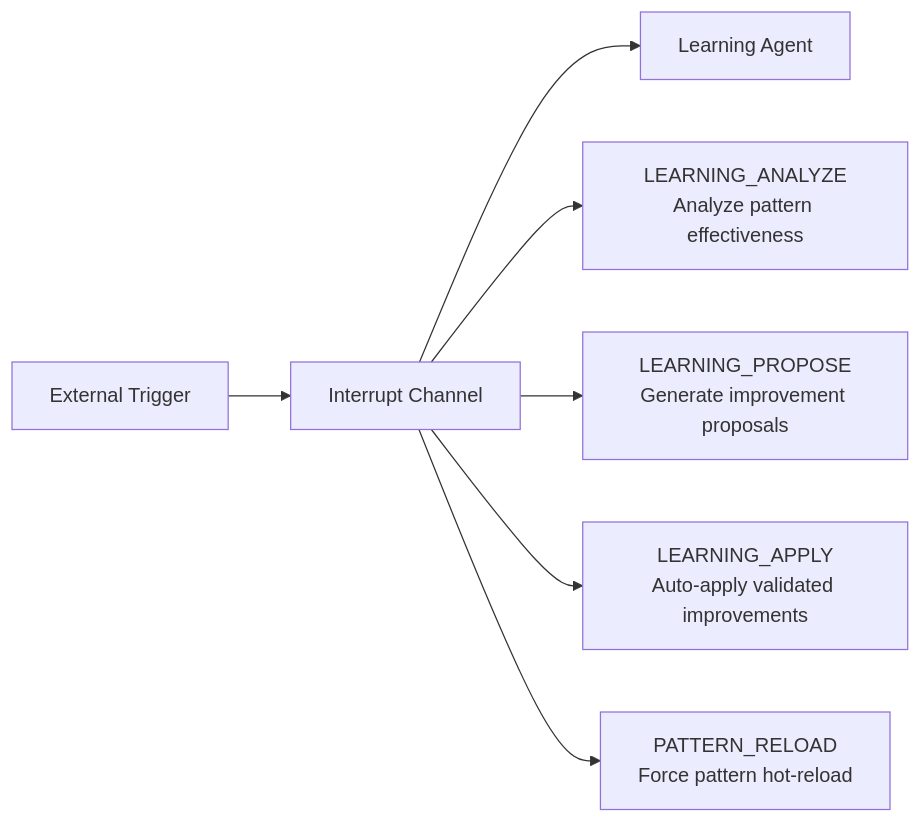
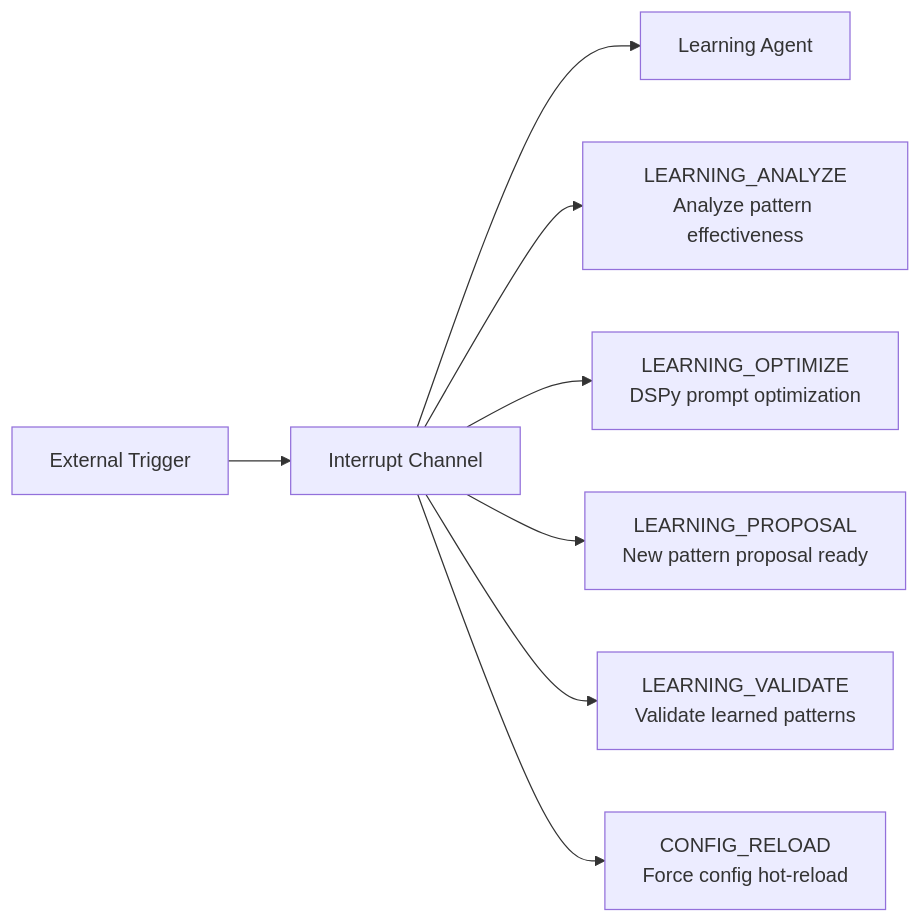
The eighth of 9 diagrams in docs/architecture/loom-system-architecture.md (teradata-labs/loom), drawn with Mermaid before and after one commit. The commit also changed other lines of this file and 151 other files, not shown here.

First line of the commit message:
feat: salience-driven graph memory system (#133)

````diff
--- a/docs/architecture/loom-system-architecture.md
+++ b/docs/architecture/loom-system-architecture.md
@@ -802,9 +806,10 @@
 ```mermaid
 flowchart LR
     Trigger[External Trigger] --> Channel[Interrupt Channel]
     Channel --> Learning[Learning Agent]
     Channel --> Analyze[LEARNING_ANALYZE<br/>Analyze pattern effectiveness]
-    Channel --> Propose[LEARNING_PROPOSE<br/>Generate improvement proposals]
-    Channel --> Apply[LEARNING_APPLY<br/>Auto-apply validated improvements]
-    Channel --> Reload[PATTERN_RELOAD<br/>Force pattern hot-reload]
+    Channel --> Optimize[LEARNING_OPTIMIZE<br/>DSPy prompt optimization]
+    Channel --> Proposal[LEARNING_PROPOSAL<br/>New pattern proposal ready]
+    Channel --> Validate[LEARNING_VALIDATE<br/>Validate learned patterns]
+    Channel --> Reload[CONFIG_RELOAD<br/>Force config hot-reload]
 ```
````
